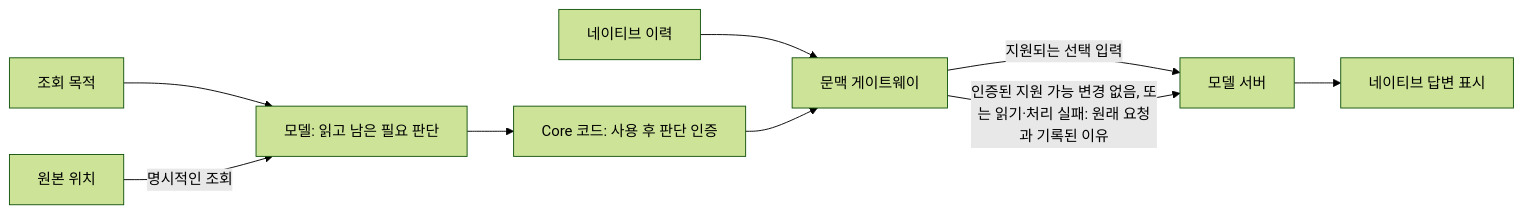
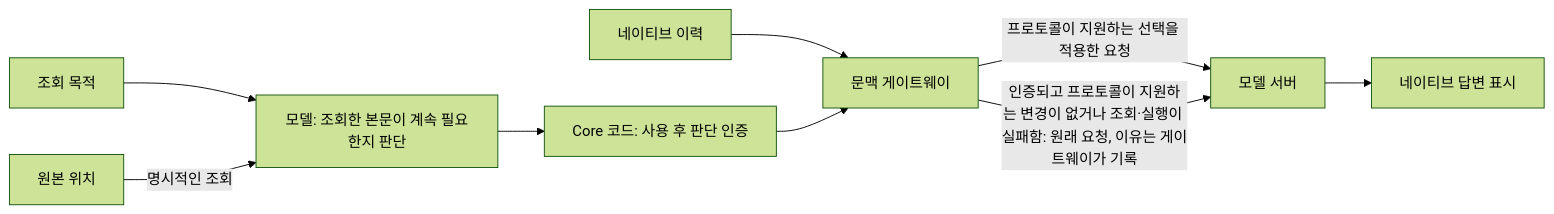
Before and after one commit to AidALL/ghost-alice: the sixth of 6 diagrams in architecture_ko.md, drawn with Mermaid (forest theme). The commit also changed other lines of this file and 12 other files, not shown here.

````diff
--- a/architecture_ko.md
+++ b/architecture_ko.md
@@ -106,11 +163,11 @@
 ```mermaid
 flowchart LR
-  P["조회 목적"] --> M["모델: 읽고 남은 필요 판단"]
+  P["조회 목적"] --> M["모델: 조회한 본문이 계속 필요한지 판단"]
   M --> C["Core 코드: 사용 후 판단 인증"]
   H["네이티브 이력"] --> A["문맥 게이트웨이"]
   C --> A
-  A -->|지원되는 선택 입력| S["모델 서버"]
-  A -->|인증된 지원 가능 변경 없음, 또는 읽기·처리 실패: 원래 요청과 기록된 이유| S
+  A -->|프로토콜이 지원하는 선택을 적용한 요청| S["모델 서버"]
+  A -->|인증되고 프로토콜이 지원하는 변경이 없거나 조회·실행이 실패함: 원래 요청, 이유는 게이트웨이가 기록| S
   S --> D["네이티브 답변 표시"]
   O["원본 위치"] -->|명시적인 조회| M
 ```
````
